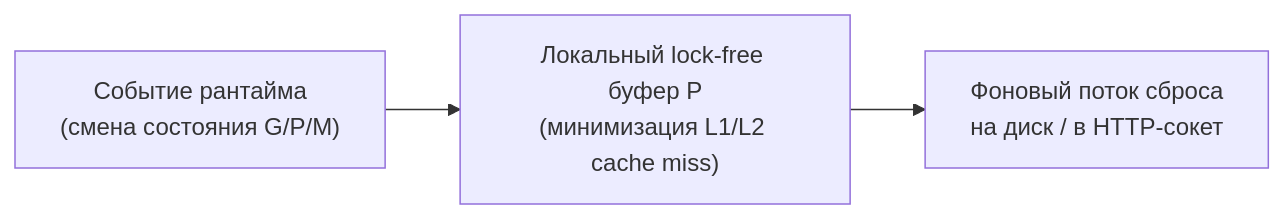
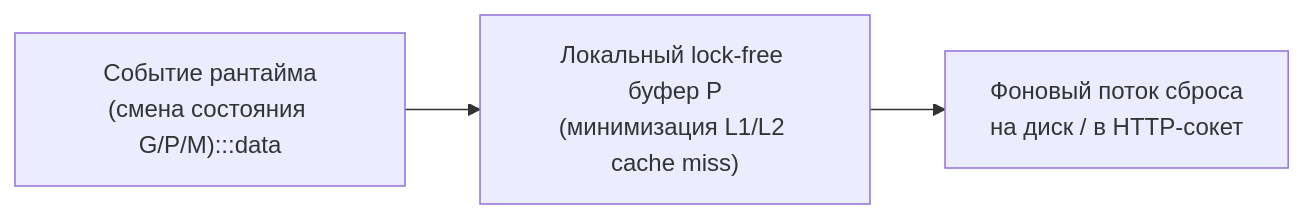
The fourth of 4 diagrams in sources/16. Профилирование, отладка и производительность/08. Runtime и инструменты/2. trace tool.md (UnrealTemplier/go-textbook), drawn with Mermaid before and after one commit. The commit also changed other lines of this file and 1666 other files, not shown here.

First line of the commit message:
feat(mermaid): add semantic color classDef to 1369 colorless flowchart/graph diagrams

````diff
--- a/sources/16. Профилирование, отладка и производительность/08. Runtime и инструменты/2. trace tool.md
+++ b/sources/16. Профилирование, отладка и производительность/08. Runtime и инструменты/2. trace tool.md
@@ -261,5 +291,15 @@
 ```mermaid
 flowchart LR
-    Event["Событие рантайма<br/>(смена состояния G/P/M)"] --> LocalBuf["Локальный lock-free буфер P<br/>(минимизация L1/L2 cache miss)"]
+    classDef process  fill:#1e293b,stroke:#38bdf8,stroke-width:1px,color:#f8fafc
+    classDef success  fill:#064e3b,stroke:#34d399,stroke-width:1px,color:#f8fafc
+    classDef error    fill:#7f1d1d,stroke:#f87171,stroke-width:1px,color:#f8fafc
+    classDef warning  fill:#78350f,stroke:#fbbf24,stroke-width:1px,color:#f8fafc
+    classDef entry    fill:#1e3a5f,stroke:#38bdf8,stroke-width:2px,color:#f8fafc
+    classDef aux      fill:#334155,stroke:#64748b,stroke-width:1px,color:#f8fafc
+    classDef system   fill:#312e81,stroke:#a78bfa,stroke-width:1px,color:#f8fafc
+    classDef data     fill:#132d29,stroke:#2dd4bf,stroke-width:1px,color:#f8fafc
+    classDef network  fill:#881337,stroke:#fb7185,stroke-width:1px,color:#f8fafc
+    classDef accent   fill:#1e1b4b,stroke:#818cf8,stroke-width:1px,color:#f8fafc
+    Event["Событие рантайма<br/>(смена состояния G/P/M):::data"] --> LocalBuf["Локальный lock-free буфер P<br/>(минимизация L1/L2 cache miss)"]
     LocalBuf --> TraceWriter["Фоновый поток сброса<br/>на диск / в HTTP-сокет"]
 ```
````
